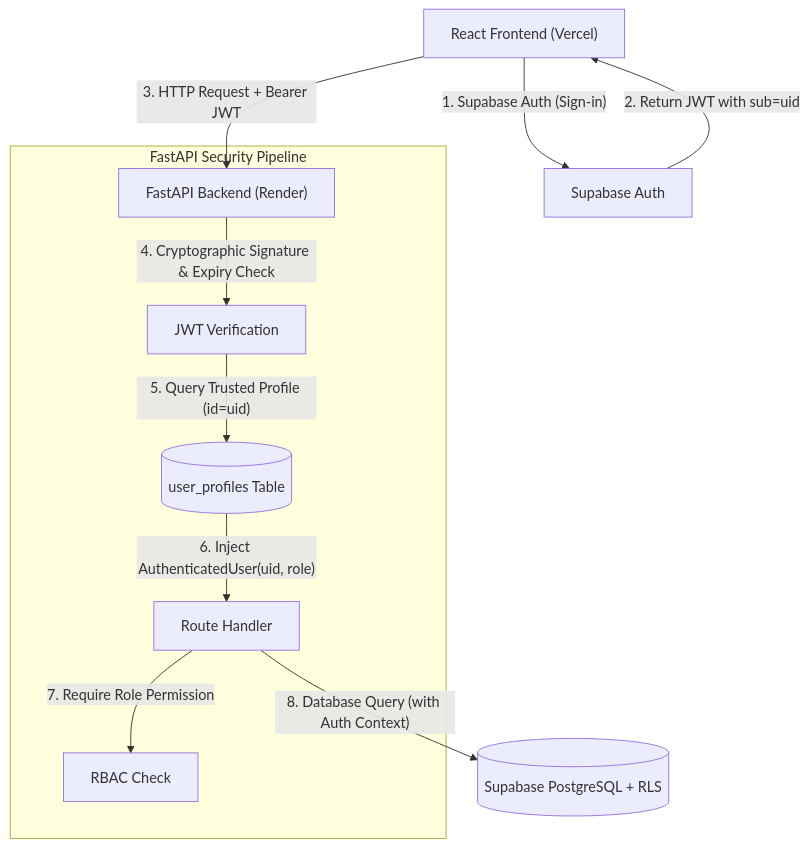
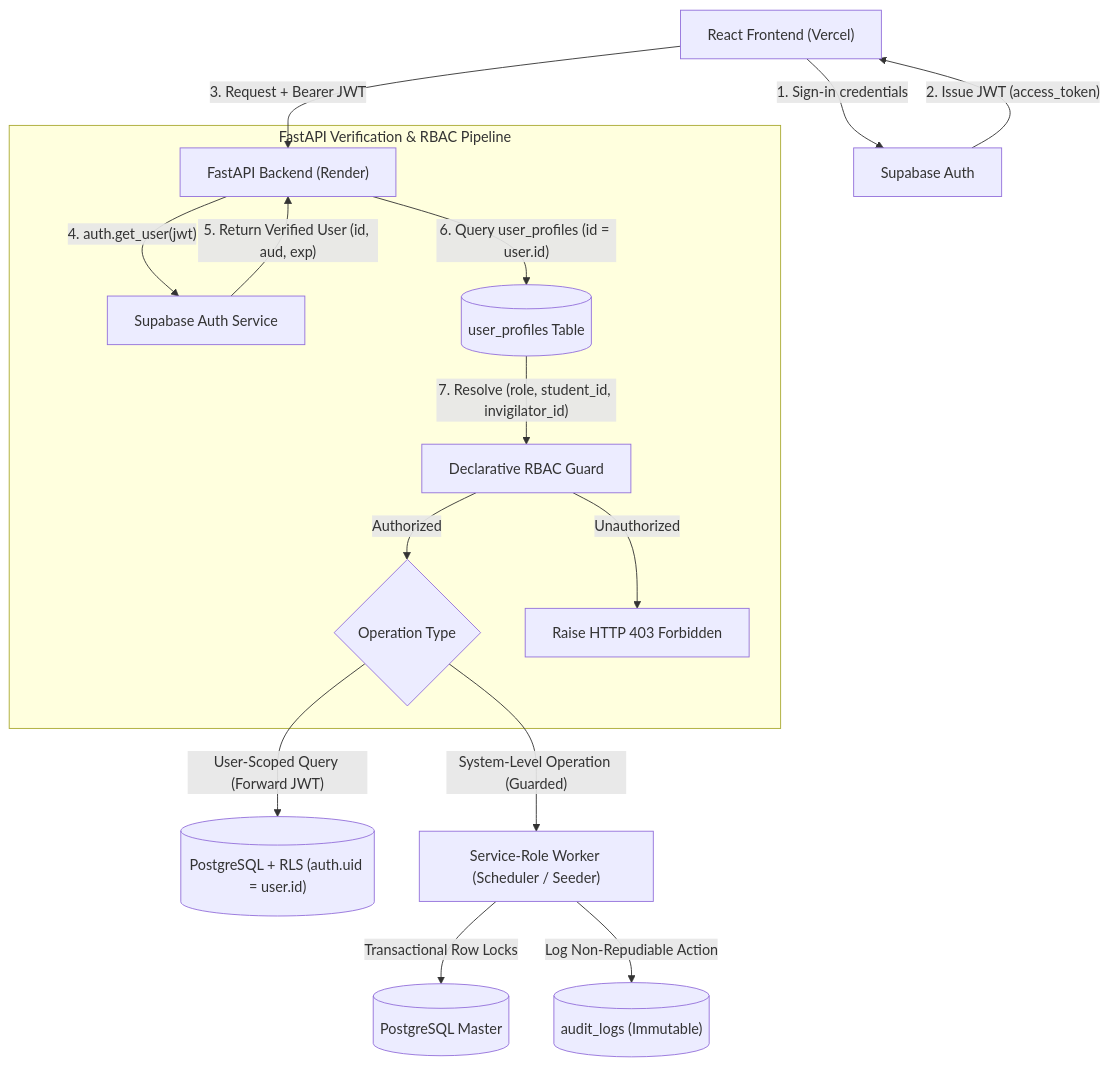
One commit to bogavivek15/ExamOps changed the diagram in docs/security.md. Above: the diagram before and after it, drawn with Mermaid. The commit also changed other lines of this file and 25 other files, not shown here.

Commit message:
feat(phase-0): finalize architecture contracts, reconcile 26 entities, and establish autopilot memory

````diff
--- a/docs/security.md
+++ b/docs/security.md
@@ -20,13 +26,20 @@
 ```mermaid
 flowchart TD
-    Client["React Frontend (Vercel)"] -->|"1. Supabase Auth (Sign-in)"| SupaAuth["Supabase Auth"]
-    SupaAuth -->|"2. Return JWT with sub=uid"| Client
-    Client -->|"3. HTTP Request + Bearer JWT"| FastApi["FastAPI Backend (Render)"]
-    subgraph BackendEnforcement["FastAPI Security Pipeline"]
-        FastApi -->|"4. Cryptographic Signature & Expiry Check"| JwtVerify["JWT Verification"]
-        JwtVerify -->|"5. Query Trusted Profile (id=uid)"| ProfileDb[("user_profiles Table")]
-        ProfileDb -->|"6. Inject AuthenticatedUser(uid, role)"| RouteHandler["Route Handler"]
-        RouteHandler -->|"7. Require Role Permission"| RbacCheck["RBAC Check"]
+    Client["React Frontend (Vercel)"] -->|"1. Sign-in credentials"| SupaAuth["Supabase Auth"]
+    SupaAuth -->|"2. Issue JWT (access_token)"| Client
+    Client -->|"3. Request + Bearer JWT"| FastApi["FastAPI Backend (Render)"]
+    
+    subgraph FastApiSecurity["FastAPI Verification & RBAC Pipeline"]
+        FastApi -->|"4. auth.get_user(jwt)"| SupaVerify["Supabase Auth Service"]
+        SupaVerify -->|"5. Return Verified User (id, aud, exp)"| FastApi
+        FastApi -->|"6. Query user_profiles (id = user.id)"| ProfileDb[("user_profiles Table")]
+        ProfileDb -->|"7. Resolve (role, student_id, invigilator_id)"| RouteGuard["Declarative RBAC Guard"]
+        RouteGuard -->|Authorized| AccessRouter{"Operation Type"}
+        RouteGuard -->|Unauthorized| Block403["Raise HTTP 403 Forbidden"]
     end
-    RouteHandler -->|"8. Database Query (with Auth Context)"| Postgres[("Supabase PostgreSQL + RLS")]
+    
+    AccessRouter -->|"User-Scoped Query (Forward JWT)"| PostgresRLS[("PostgreSQL + RLS (auth.uid = user.id)")]
+    AccessRouter -->|"System-Level Operation (Guarded)"| ServiceRoleWorker["Service-Role Worker (Scheduler / Seeder)"]
+    ServiceRoleWorker -->|"Transactional Row Locks"| PostgresMaster[("PostgreSQL Master")]
+    ServiceRoleWorker -->|"Log Non-Repudiable Action"| AuditLog[("audit_logs (Immutable)")]
 ```
````
